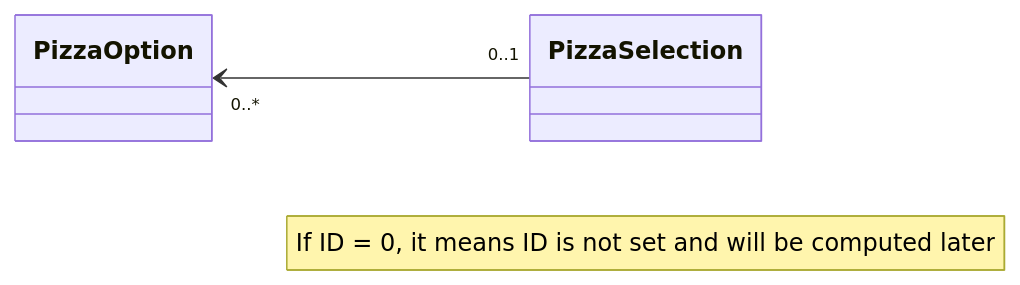
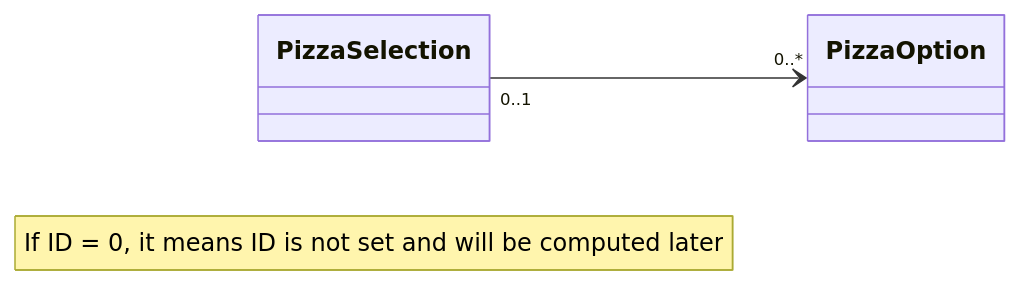
One commit to ekral/Utb.PizzaKiosk changed the diagram in README.md. Above: the diagram before and after it, drawn with Mermaid.

````diff
--- a/README.md
+++ b/README.md
@@ -162,6 +162,6 @@
 ```mermaid
  classDiagram
    note "If ID = 0, it means ID is not set and will be computed later"
-   direction RL
+   direction LR
    PizzaSelection "0..1" --> "0..*" PizzaOption
 ```
````
